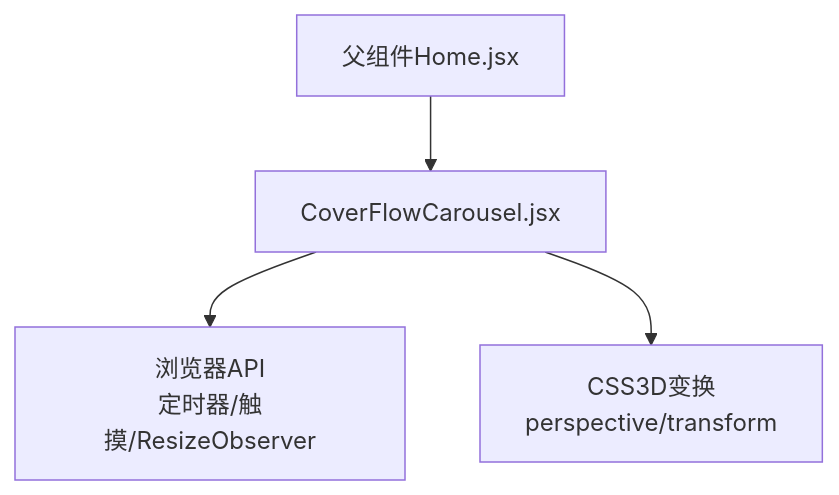
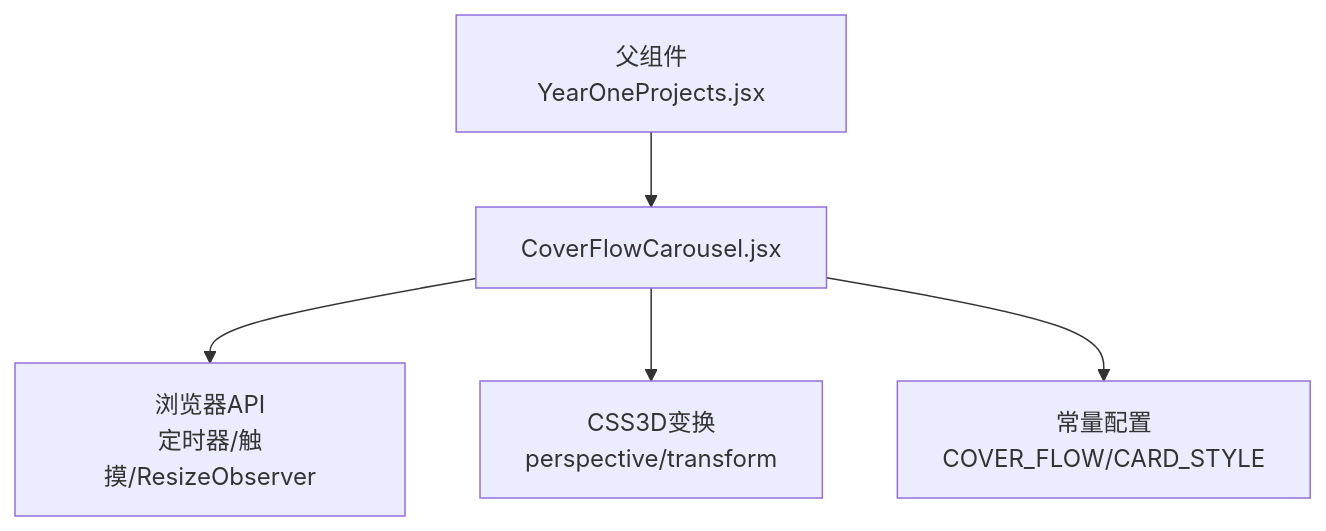
Before and after one commit to lithos666/lithos666.github.io: the seventh of 7 diagrams in .qoder/repowiki/zh/content/UI组件库/封面流轮播组件.md, drawn with Mermaid. The commit also changed other lines of this file and 51 other files, not shown here.

````diff
--- a/.qoder/repowiki/zh/content/UI组件库/封面流轮播组件.md
+++ b/.qoder/repowiki/zh/content/UI组件库/封面流轮播组件.md
@@ -187,6 +243,7 @@
 ```mermaid
 graph TB
-Parent["父组件Home.jsx"] --> Carousel["CoverFlowCarousel.jsx"]
+Parent["父组件YearOneProjects.jsx"] --> Carousel["CoverFlowCarousel.jsx"]
 Carousel --> Browser["浏览器API<br/>定时器/触摸/ResizeObserver"]
 Carousel --> CSS["CSS3D变换<br/>perspective/transform"]
+Carousel --> Constants["常量配置<br/>COVER_FLOW/CARD_STYLE"]
 ```
````
